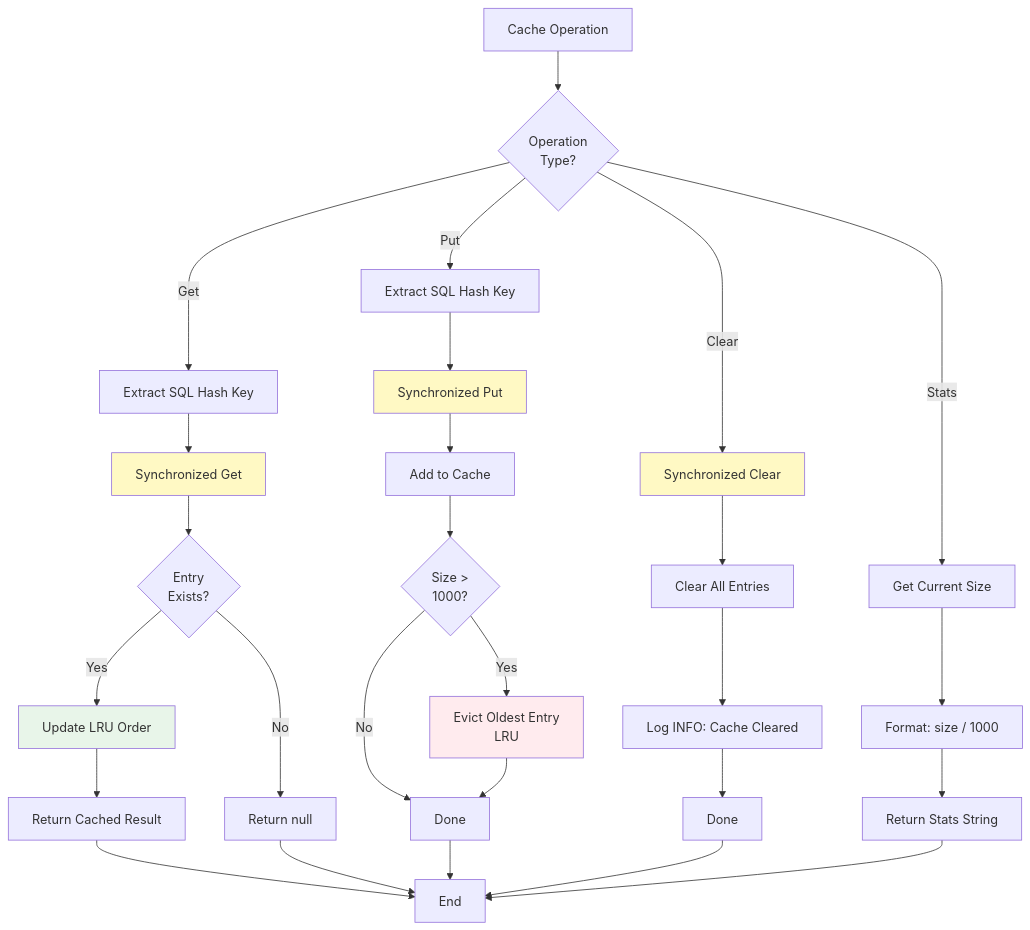
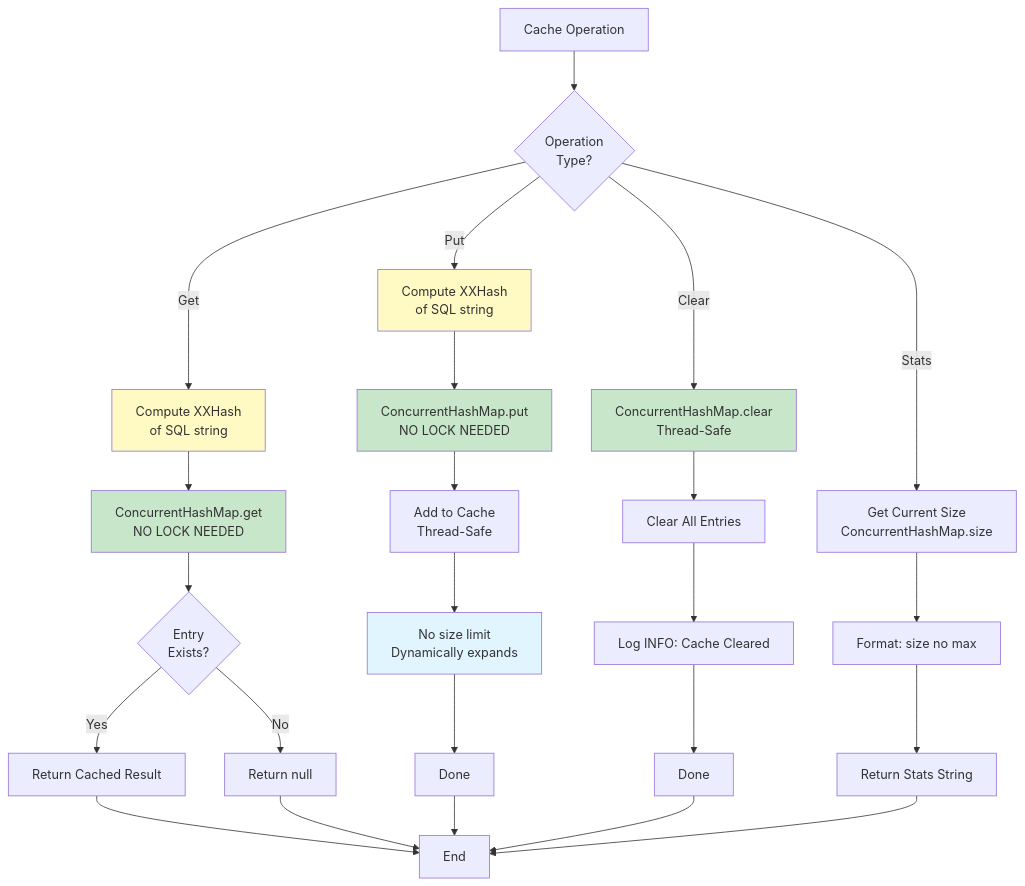
Before and after one commit to jenspapenhagen/ojp: the seventh of 9 diagrams in documents/analysis/SQL_ENHANCER_ENGINE_ANALYSIS.md, drawn with Mermaid. The commit also changed other lines of this file and 3 other files, not shown here.

Commit message:
Remove log file, update cache to use XXHash and ConcurrentHashMap, clarify execution flow diagrams

````diff
--- a/documents/analysis/SQL_ENHANCER_ENGINE_ANALYSIS.md
+++ b/documents/analysis/SQL_ENHANCER_ENGINE_ANALYSIS.md
@@ -472,40 +492,38 @@
 ```mermaid
 flowchart TD
     Start[Cache Operation] --> Operation{Operation<br/>Type?}
     
-    Operation -->|Get| GetKey[Extract SQL Hash Key]
-    GetKey --> SyncGet[Synchronized Get]
-    SyncGet --> CheckExists{Entry<br/>Exists?}
-    CheckExists -->|Yes| UpdateLRU[Update LRU Order]
-    UpdateLRU --> ReturnValue[Return Cached Result]
+    Operation -->|Get| ComputeHash1[Compute XXHash<br/>of SQL string]
+    ComputeHash1 --> GetOp[ConcurrentHashMap.get<br/>NO LOCK NEEDED]
+    GetOp --> CheckExists{Entry<br/>Exists?}
+    CheckExists -->|Yes| ReturnValue[Return Cached Result]
     CheckExists -->|No| ReturnNull[Return null]
     
-    Operation -->|Put| GetKeyPut[Extract SQL Hash Key]
-    GetKeyPut --> SyncPut[Synchronized Put]
-    SyncPut --> AddEntry[Add to Cache]
-    AddEntry --> CheckSize{Size ><br/>1000?}
-    CheckSize -->|Yes| EvictOldest[Evict Oldest Entry<br/>LRU]
-    CheckSize -->|No| Done1[Done]
-    EvictOldest --> Done1
+    Operation -->|Put| ComputeHash2[Compute XXHash<br/>of SQL string]
+    ComputeHash2 --> PutOp[ConcurrentHashMap.put<br/>NO LOCK NEEDED]
+    PutOp --> AddEntry[Add to Cache<br/>Thread-Safe]
+    AddEntry --> NoteSize[No size limit<br/>Dynamically expands]
+    NoteSize --> Done1[Done]
     
-    Operation -->|Clear| SyncClear[Synchronized Clear]
-    SyncClear --> ClearAll[Clear All Entries]
+    Operation -->|Clear| ClearOp[ConcurrentHashMap.clear<br/>Thread-Safe]
+    ClearOp --> ClearAll[Clear All Entries]
     ClearAll --> LogClear[Log INFO: Cache Cleared]
     LogClear --> Done2[Done]
     
-    Operation -->|Stats| GetSize[Get Current Size]
-    GetSize --> FormatStats[Format: size / 1000]
+    Operation -->|Stats| GetSize[Get Current Size<br/>ConcurrentHashMap.size]
+    GetSize --> FormatStats[Format: size no max]
     FormatStats --> ReturnStats[Return Stats String]
     
     ReturnValue --> End[End]
     ReturnNull --> End
     Done1 --> End
     Done2 --> End
     ReturnStats --> End
     
-    style SyncGet fill:#fff9c4
-    style SyncPut fill:#fff9c4
-    style SyncClear fill:#fff9c4
-    style UpdateLRU fill:#e8f5e9
-    style EvictOldest fill:#ffebee
+    style ComputeHash1 fill:#fff9c4
+    style ComputeHash2 fill:#fff9c4
+    style GetOp fill:#c8e6c9
+    style PutOp fill:#c8e6c9
+    style ClearOp fill:#c8e6c9
+    style NoteSize fill:#e1f5ff
 ```
````
